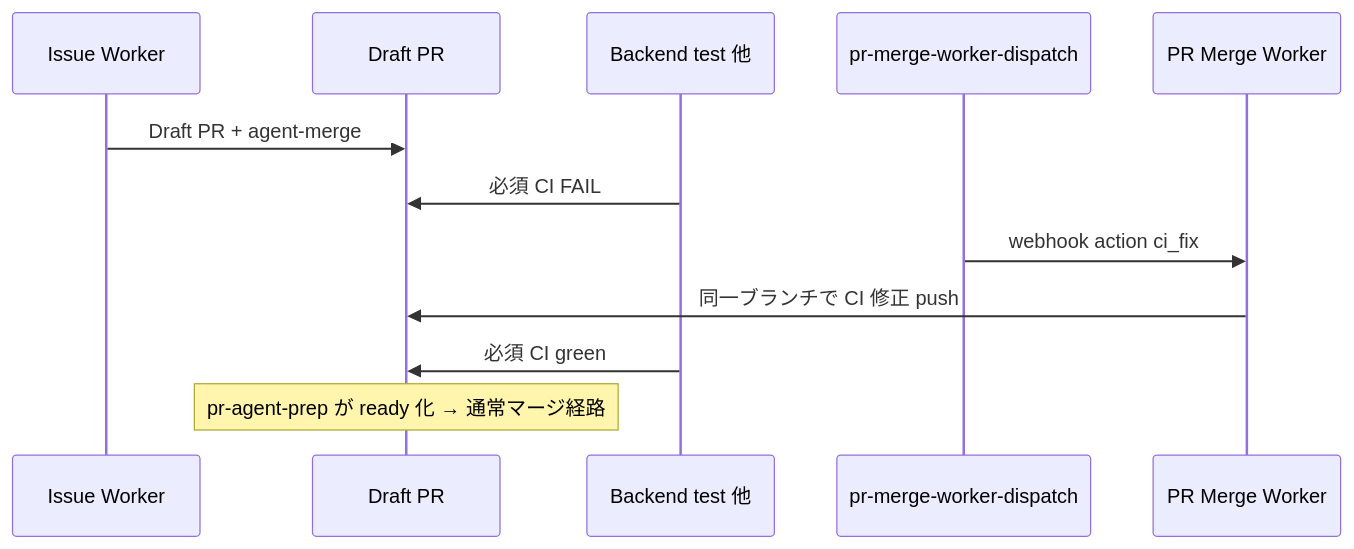
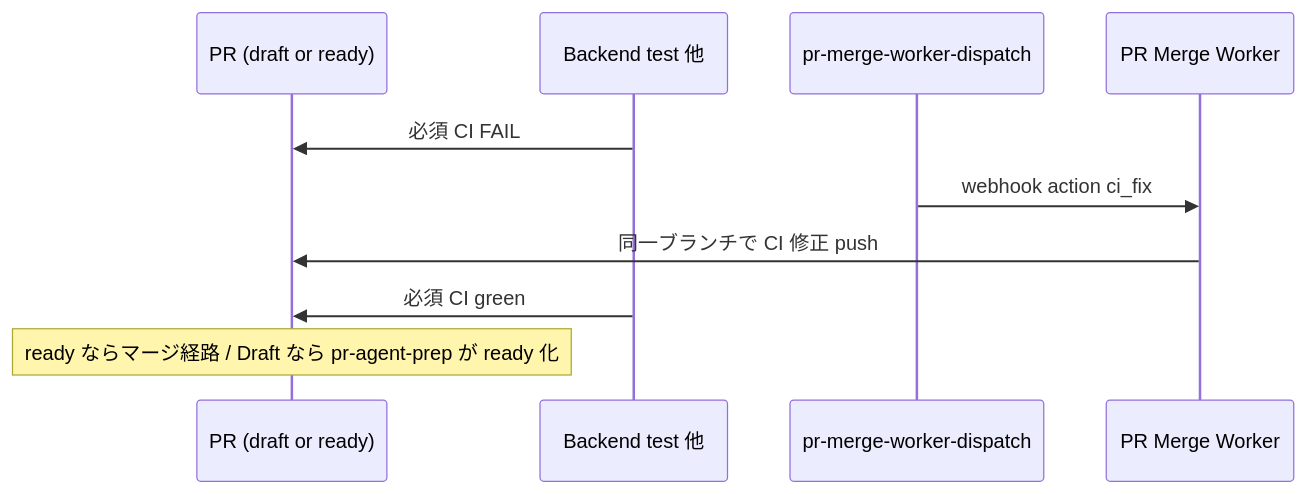
The third of 3 diagrams in docs/automation/CURSOR-AUTOMATION-AND-GITHUB-WORKFLOWS.md (rick-chick/agrr), drawn with Mermaid before and after one commit. The commit also changed other lines of this file and 17 other files, not shown here.

````diff
--- a/docs/automation/CURSOR-AUTOMATION-AND-GITHUB-WORKFLOWS.md
+++ b/docs/automation/CURSOR-AUTOMATION-AND-GITHUB-WORKFLOWS.md
@@ -111,15 +113,13 @@
 ```mermaid
 sequenceDiagram
-  participant IW as Issue Worker
-  participant GH as Draft PR
+  participant GH as PR (draft or ready)
   participant CI as Backend test 他
   participant PMD as pr-merge-worker-dispatch
   participant PMW as PR Merge Worker
 
-  IW->>GH: Draft PR + agent-merge
   CI->>GH: 必須 CI FAIL
   PMD->>PMW: webhook action ci_fix
   PMW->>GH: 同一ブランチで CI 修正 push
   CI->>GH: 必須 CI green
-  Note over GH: pr-agent-prep が ready 化 → 通常マージ経路
+  Note over GH: ready ならマージ経路 / Draft なら pr-agent-prep が ready 化
 ```
````
